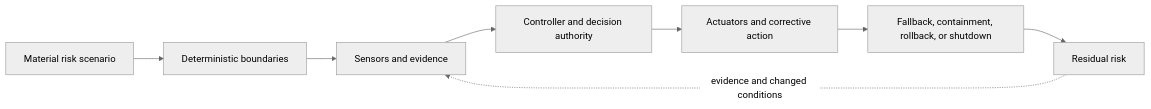
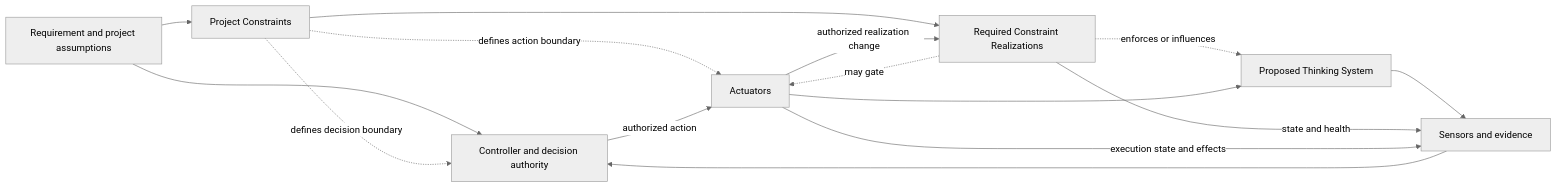
Before and after one commit to UncertaintyArchitectureGroup/uncertainty-architecture: the second of 2 diagrams in 01-patterns/project-control-architecture-and-viability-review.md, drawn with Mermaid (neutral theme). The commit also changed other lines of this file and 31 other files, not shown here.

First line of the commit message:
Define Constraints and Constraint Realization as first-class control concepts (#32)

````diff
--- a/01-patterns/project-control-architecture-and-viability-review.md
+++ b/01-patterns/project-control-architecture-and-viability-review.md
@@ -302,13 +213,25 @@
 ```mermaid
 flowchart LR
-    R[Material risk scenario]
-    B[Deterministic boundaries]
+    R[Requirement and project assumptions]
+    K[Project Constraints]
+    KR[Required Constraint Realizations]
+    P[Proposed Thinking System]
     S[Sensors and evidence]
     C[Controller and decision authority]
-    A[Actuators and corrective action]
-    F[Fallback, containment, rollback, or shutdown]
-    RES[Residual risk]
+    A[Actuators]
 
-    R --> B --> S --> C --> A --> F --> RES
-    RES -. evidence and changed conditions .-> S
+    R --> C
+    R --> K
+    K --> KR
+    K -. defines decision boundary .-> C
+    K -. defines action boundary .-> A
+    KR -. enforces or influences .-> P
+    KR -. may gate .-> A
+    P --> S
+    KR -->|state and health| S
+    A -->|execution state and effects| S
+    S --> C
+    C -->|authorized action| A
+    A --> P
+    A -->|authorized realization change| KR
 ```
````
